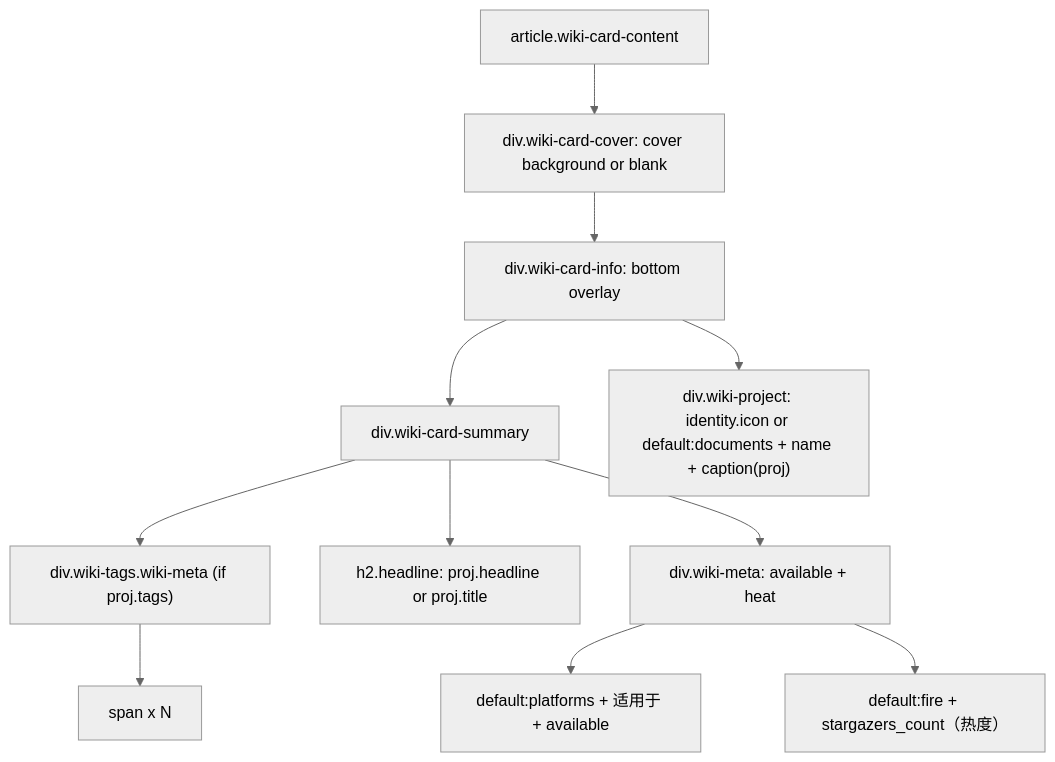
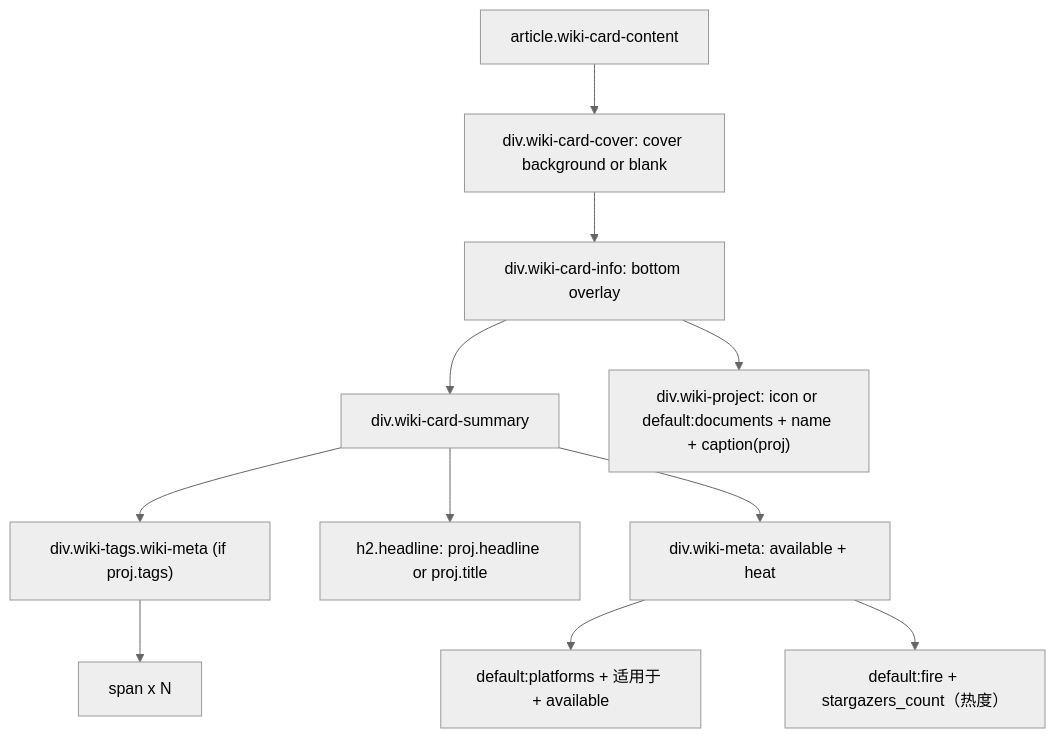
Before and after one commit to xaoxuu/hexo-theme-stellar: the ninth of 10 diagrams in docs/knowledge/03-内容系统/post-lists-cards.md, drawn with Mermaid (neutral theme). The commit also changed other lines of this file and 42 other files, not shown here.

````diff
--- a/docs/knowledge/03-内容系统/post-lists-cards.md
+++ b/docs/knowledge/03-内容系统/post-lists-cards.md
@@ -442,25 +442,25 @@
 ```mermaid
 graph TD
     Article["article.wiki-card-content"]
     Cover["div.wiki-card-cover: cover background or blank"]
     Info["div.wiki-card-info: bottom overlay"]
     Summary["div.wiki-card-summary"]
     Caps["div.wiki-tags.wiki-meta (if proj.tags)"]
     TagSpan["span x N"]
     Title["h2.headline: proj.headline or proj.title"]
     Meta["div.wiki-meta: available + heat"]
     Platform["default:platforms + 适用于 + available"]
     Star["default:fire + stargazers_count（热度）"]
-    Project["div.wiki-project: identity.icon or default:documents + name + caption(proj)"]
+    Project["div.wiki-project: icon or default:documents + name + caption(proj)"]
 
     Article --> Cover
     Cover --> Info
     Info --> Summary
     Summary --> Caps
     Caps --> TagSpan
     Summary --> Title
     Summary --> Meta
     Meta --> Platform
     Meta --> Star
     Info --> Project
 ```
````
